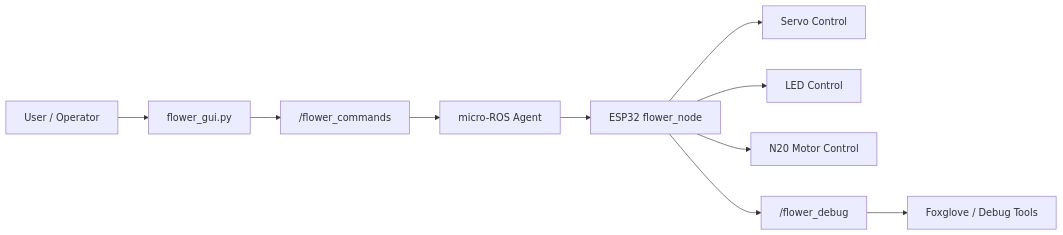
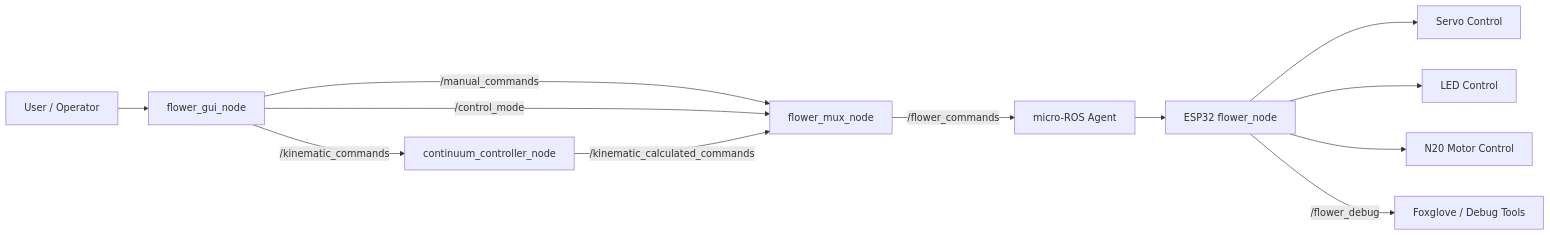
Before and after one commit to Gab1575/LLM4MentalHealth: the diagram in README.md, drawn with Mermaid. The commit also changed other lines of this file and 41 other files, not shown here.

````diff
--- a/README.md
+++ b/README.md
@@ -46,12 +49,14 @@
 ```mermaid
 flowchart LR
-    A["User / Operator"] --> B[flower_gui.py]
-    B --> C["/flower_commands"]
-    C --> D[micro-ROS Agent]
+    A["User / Operator"] --> B[flower_gui_node]
+    B -->|/manual_commands| M[flower_mux_node]
+    B -->|/kinematic_commands| K[continuum_controller_node]
+    B -->|/control_mode| M
+    K -->|/kinematic_calculated_commands| M
+    M -->|/flower_commands| D[micro-ROS Agent]
     D --> E[ESP32 flower_node]
     E --> F[Servo Control]
     E --> G[LED Control]
     E --> H[N20 Motor Control]
-    E --> I["/flower_debug"]
-    I --> J["Foxglove / Debug Tools"]
+    E -->|/flower_debug| J["Foxglove / Debug Tools"]
 ```
````
